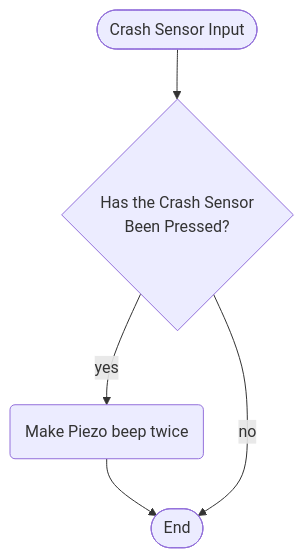
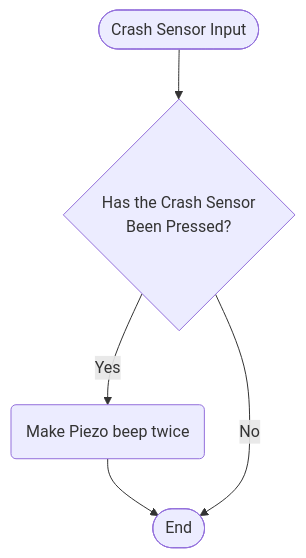
The third of 3 diagrams in logic.md (AjaySayer/Smart-Device-2023-Semester-1), drawn with Mermaid before and after one commit. The commit also changed other lines of this file, not shown here.

````diff
--- a/logic.md
+++ b/logic.md
@@ -63,17 +65,17 @@
  ```mermaid
  flowchart TD
     crashSensorInput([Crash Sensor Input])
 
     crashSensorInput-->crashSensorDecision
 
     crashSensorDecision{Has the Crash Sensor<br/>Been Pressed?}
 
-    crashSensorDecision-->|yes|crashSensor
+    crashSensorDecision-->|Yes|crashSensor
 
     crashSensor(Make Piezo beep twice)
     crashSensor-->complete
 
-    crashSensorDecision-->|no|complete
+    crashSensorDecision-->|No|complete
 
     complete([End])
 ```
````
